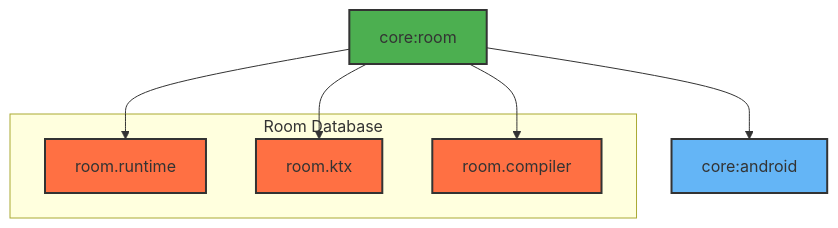
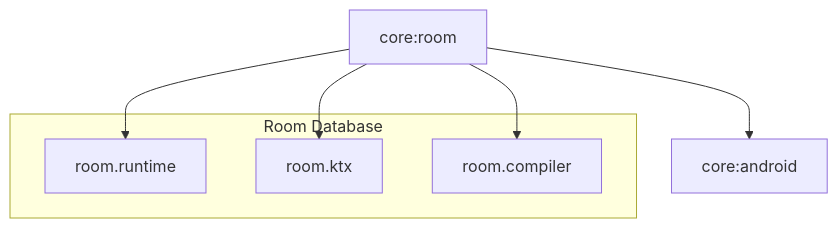
One commit to atick-faisal/Jetpack-Android-Starter changed the diagram in core/room/README.md. Above: the diagram before and after it, drawn with Mermaid. The commit also changed 31 other files, not shown here.

````diff
--- a/core/room/README.md
+++ b/core/room/README.md
@@ -171,19 +171,13 @@
 ```mermaid
 graph TD
     A[core:room] --> B[core:android]
     A --> C[room.runtime]
     A --> D[room.ktx]
     A --> E[room.compiler]
 
     subgraph "Room Database"
         C
         D
         E
     end
-
-    style A fill: #4CAF50, stroke: #333, stroke-width: 2px
-    style B fill: #64B5F6, stroke: #333, stroke-width: 2px
-    style C fill: #FF7043, stroke: #333, stroke-width: 2px
-    style D fill: #FF7043, stroke: #333, stroke-width: 2px
-    style E fill: #FF7043, stroke: #333, stroke-width: 2px
 ```
````
